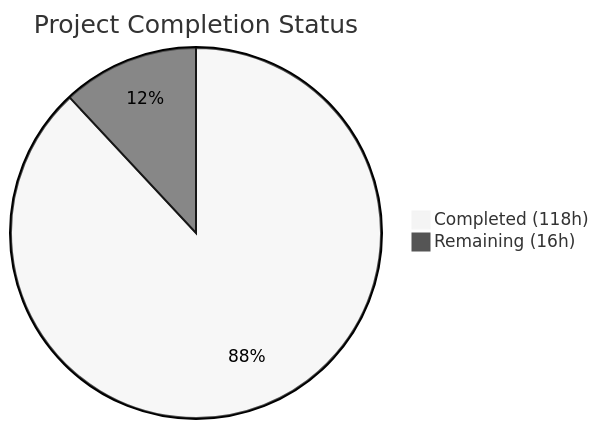
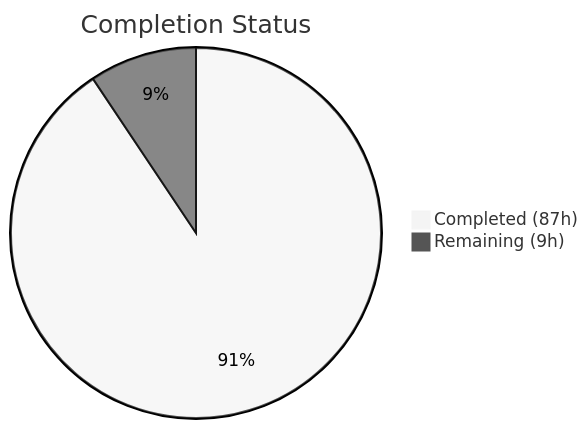
The first of 2 diagrams in blitzy/documentation/Project Guide.md (Blitzy-Sandbox/blitzy-linux), drawn with Mermaid (neutral theme) before and after one commit. The commit also changed other lines of this file, not shown here.

Commit message:
Adding Blitzy Project Guide: Project Status and Human Tasks Remaining

````diff
--- a/blitzy/documentation/Project Guide.md
+++ b/blitzy/documentation/Project Guide.md
@@ -13,5 +22,5 @@
 ```mermaid
-pie title Project Completion Status
-    "Completed (118h)" : 118
-    "Remaining (16h)" : 16
+pie title Completion Status
+    "Completed (87h)" : 87
+    "Remaining (9h)" : 9
 ```
````
